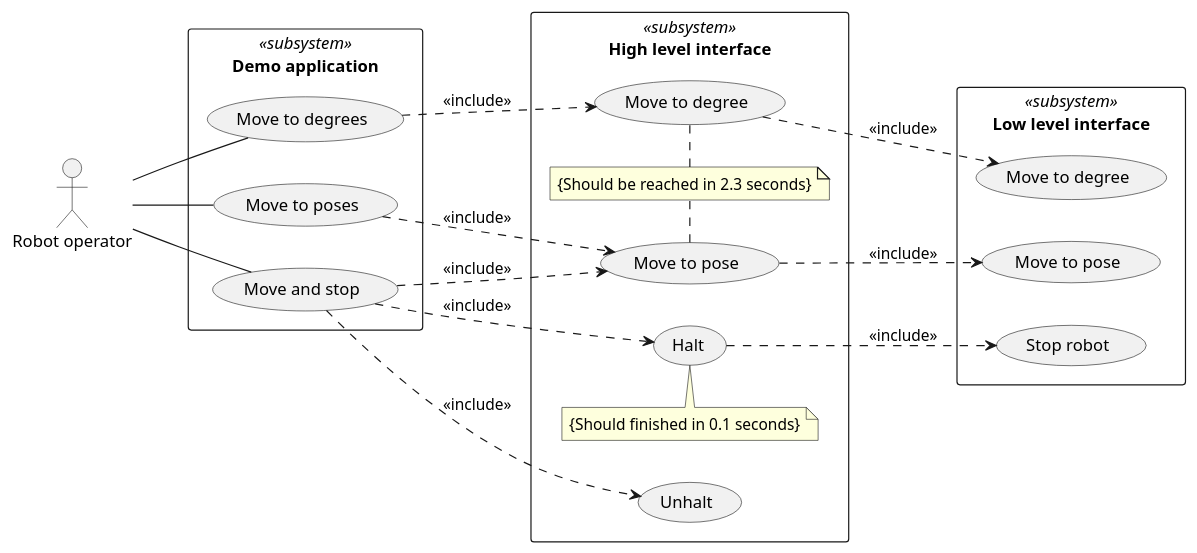
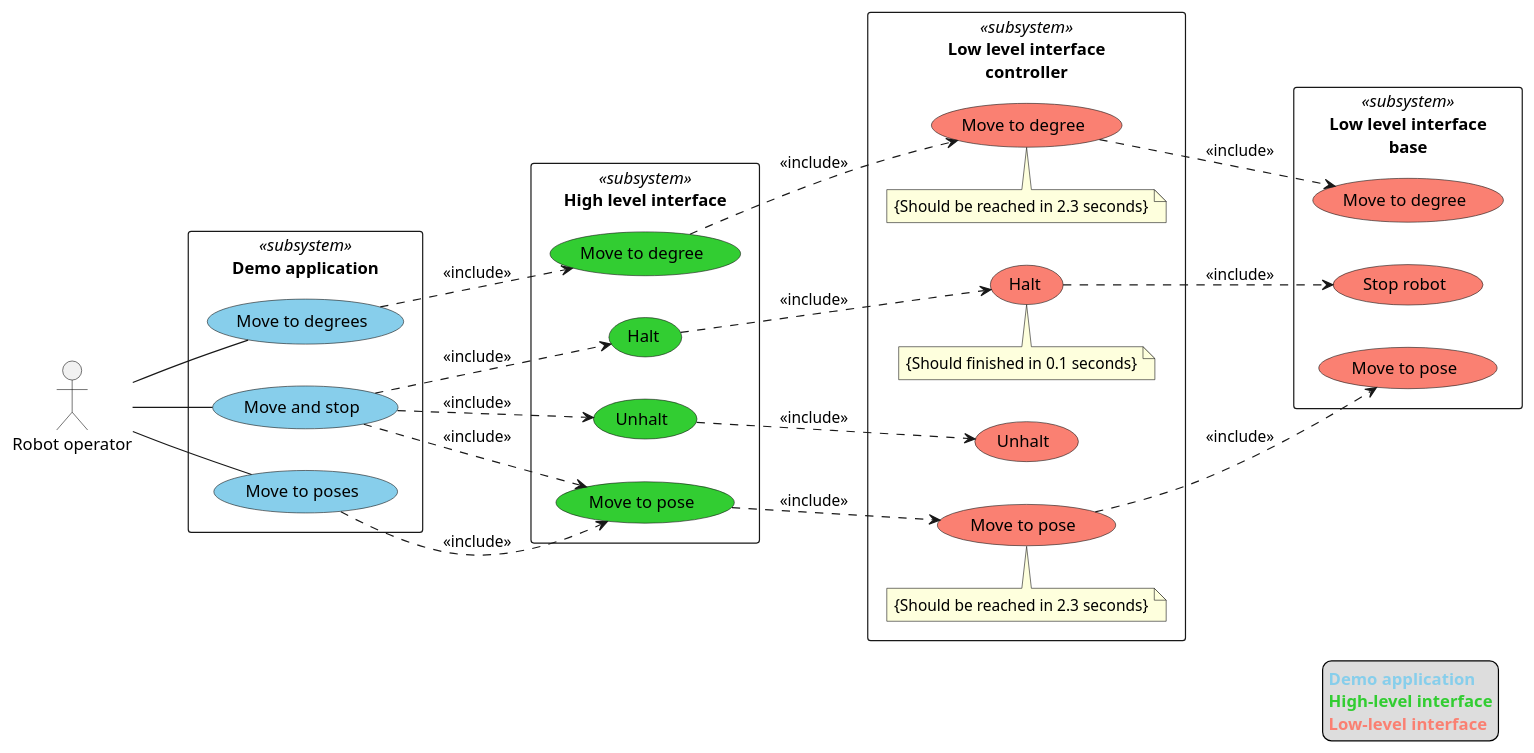
The diagram in doc/use_case_diagram_subsystems.puml (bscp/al5d_cpp), drawn with PlantUML before and after one commit. The commit also changed 9 other files, not shown here.

Commit message:
Update UML diagrams

```diff
--- a/doc/use_case_diagram_subsystems.puml
+++ b/doc/use_case_diagram_subsystems.puml
@@ -1,45 +1,66 @@
 @startuml
 
 left to right direction
 
 actor "Robot operator" as robot_operator
 
 rectangle "**Demo application**" <<subsystem>> {
-    (Move to poses) as demo_move_to_poses
-    (Move to degrees) as demo_move_to_degrees
-    (Move and stop) as demo_move_and_stop
+    (Move to poses) as demo_move_to_poses #SkyBlue
+    (Move to degrees) as demo_move_to_degrees #SkyBlue
+    (Move and stop) as demo_move_and_stop #SkyBlue
 }
 
 rectangle "**High level interface**" <<subsystem>> {
-    (Move to pose) as hl_move_to_pose
-    (Move to degree) as hl_move_to_degree
-    (Halt) as hl_halt
-    (Unhalt) as hl_unhalt
+    (Move to pose) as hl_move_to_pose #LimeGreen
+    (Move to degree) as hl_move_to_degree #LimeGreen
+    (Halt) as hl_halt #LimeGreen
+    (Unhalt) as hl_unhalt #LimeGreen
+}
 
-    note "{Should be reached in 2.3 seconds}" as move_time_contraint_note
+rectangle "**Low level interface**\n**controller**" <<subsystem>> {
+    (Move to pose) as llc_move_to_pose #Salmon
+    (Move to degree) as llc_move_to_degree #Salmon
+    (Halt) as llc_halt #Salmon
+    (Unhalt) as llc_unhalt #Salmon
+
+    note "{Should be reached in 2.3 seconds}" as degree_move_time_contraint_note
+
+    note "{Should be reached in 2.3 seconds}" as pose_move_time_contraint_note
 
     note "{Should finished in 0.1 seconds}" as stop_time_contraint_note
+
+    pose_move_time_contraint_note . llc_move_to_pose
+    degree_move_time_contraint_note . llc_move_to_degree
+    stop_time_contraint_note . llc_halt
+
 }
 
-rectangle "**Low level interface**" <<subsystem>> {
-    (Move to pose) as ll_move_to_pose
-    (Move to degree) as ll_move_to_degree
-    (Stop robot) as ll_stop_robot
+rectangle "**Low level interface**\n**base**" <<subsystem>> {
+    (Move to pose) as llb_move_to_pose #Salmon
+    (Move to degree) as llb_move_to_degree #Salmon
+    (Stop robot) as llb_stop_robot #Salmon
 }
 
 robot_operator -- demo_move_to_poses
 robot_operator -- demo_move_to_degrees
 robot_operator -- demo_move_and_stop
 demo_move_to_poses ..> hl_move_to_pose:<<include>>
 demo_move_to_degrees ..> hl_move_to_degree:<<include>>
 demo_move_and_stop ..> hl_move_to_pose:<<include>>
 demo_move_and_stop ..> hl_halt:<<include>>
 demo_move_and_stop ..> hl_unhalt:<<include>>
-hl_move_to_pose ..> ll_move_to_pose:<<include>>
-hl_move_to_degree ..> ll_move_to_degree:<<include>>
-hl_halt ..> ll_stop_robot:<<include>>
-move_time_contraint_note . hl_move_to_degree
-hl_move_to_pose . move_time_contraint_note
-stop_time_contraint_note . hl_halt
+llc_move_to_pose ..> llb_move_to_pose:<<include>>
+llc_move_to_degree ..> llb_move_to_degree:<<include>>
+llc_halt ..> llb_stop_robot:<<include>>
+hl_move_to_degree ..> llc_move_to_degree:<<include>>
+hl_move_to_pose ..> llc_move_to_pose:<<include>>
+hl_halt ..> llc_halt:<<include>>
+hl_unhalt ..> llc_unhalt:<<include>>
+
+legend right
+  <b><color:SkyBlue>Demo application</color></b>
+  <b><color:LimeGreen>High-level interface</color></b>
+  <b><color:Salmon>Low-level interface</color></b>
+endlegend
 
 @enduml
```
